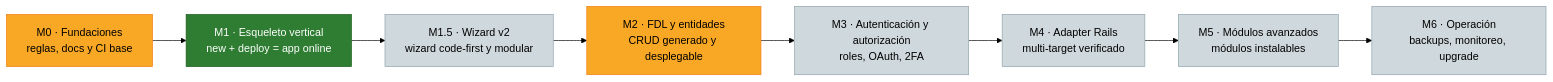
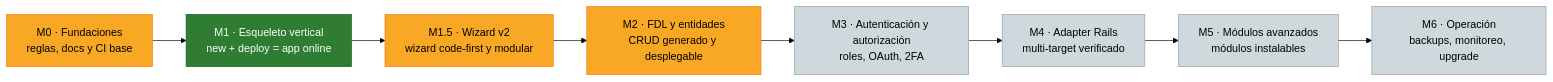
One commit to dmaure/fractal changed the first of 2 diagrams in docs/MAPA_DE_PROGRESO.md. Above: the diagram before and after it, drawn with Mermaid (forest theme). The commit also changed 2 other files, not shown here.

Commit message:
docs: agregar SPEC-0032 (wizard v2 code-first + brazos modulares, M1.5) y actualizar mapa de progreso
Redacta el spec del wizard v2 (M1.5) segun ADR-0016: checklist inicial,
code-first con deploy opcional, brazos modulares con contrato, selectores
visibles, paridad no-interactiva y metricas TTS<5min/TTP<30min. Agrega la
entrada de SPEC-0032 a progress.json (tickets FRA-82..FRA-88) y regenera el
mapa de progreso.

Claude-Session: https://claude.ai/code/session_01SjVanHu7UyiXHnYkYRVk4V

````diff
--- a/docs/MAPA_DE_PROGRESO.md
+++ b/docs/MAPA_DE_PROGRESO.md
@@ -62,21 +62,21 @@
 ```mermaid
 flowchart LR
     M0["M0 · Fundaciones<br/>reglas, docs y CI base"]
     M1["M1 · Esqueleto vertical<br/>new + deploy = app online"]
     M1.5["M1.5 · Wizard v2<br/>wizard code-first y modular"]
     M2["M2 · FDL y entidades<br/>CRUD generado y desplegable"]
     M3["M3 · Autenticación y autorización<br/>roles, OAuth, 2FA"]
     M4["M4 · Adapter Rails<br/>multi-target verificado"]
     M5["M5 · Módulos avanzados<br/>módulos instalables"]
     M6["M6 · Operación<br/>backups, monitoreo, upgrade"]
 
     M0 --> M1 --> M1.5 --> M2 --> M3 --> M4 --> M5 --> M6
 
     classDef done fill:#2e7d32,color:#fff,stroke:#1b5e20;
     classDef curso fill:#f9a825,color:#000,stroke:#f57f17;
     classDef pend fill:#cfd8dc,color:#000,stroke:#90a4ae;
 
     class M1 done;
-    class M0,M2 curso;
-    class M1.5,M3,M4,M5,M6 pend;
+    class M0,M1.5,M2 curso;
+    class M3,M4,M5,M6 pend;
 ```
````
